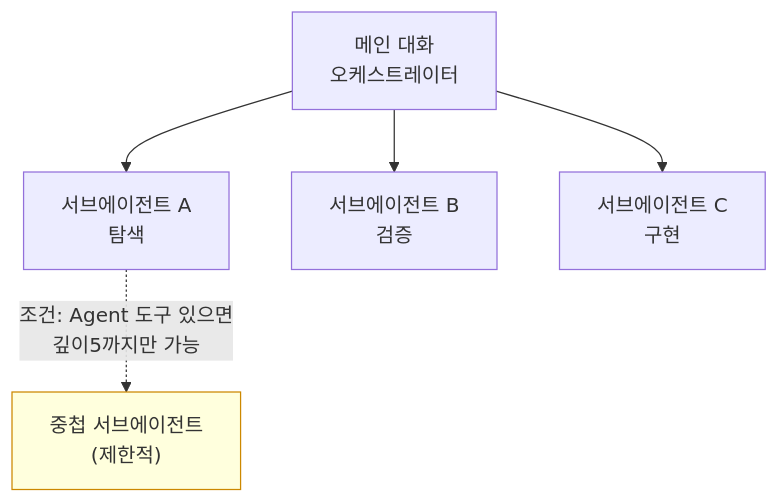
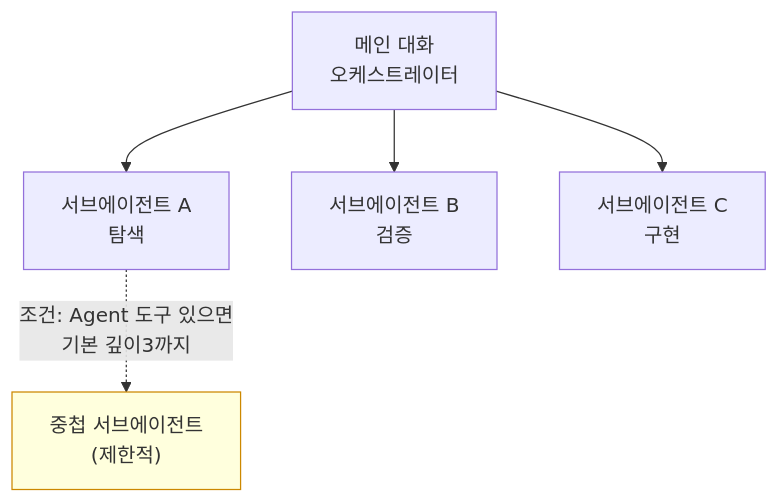
The diagram in docs-site/content/ko/claude-code/agentic/sub-agents.md (modu-ai/moai-adk), drawn with Mermaid before and after one commit. The commit also changed other lines of this file and 3 other files, not shown here.

````diff
--- a/docs-site/content/ko/claude-code/agentic/sub-agents.md
+++ b/docs-site/content/ko/claude-code/agentic/sub-agents.md
@@ -65,8 +65,8 @@
 ```mermaid
 flowchart TD
     M[메인 대화<br/>오케스트레이터] --> A[서브에이전트 A<br/>탐색]
     M --> B[서브에이전트 B<br/>검증]
     M --> C[서브에이전트 C<br/>구현]
-    A -.->|조건: Agent 도구 있으면<br/>깊이5까지만 가능| X["중첩 서브에이전트<br/>(제한적)"]
+    A -.->|조건: Agent 도구 있으면<br/>기본 깊이3까지| X["중첩 서브에이전트<br/>(제한적)"]
     style X fill:#ffd,stroke:#c80
 ```
````
